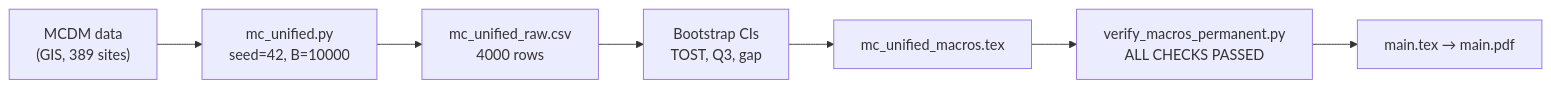
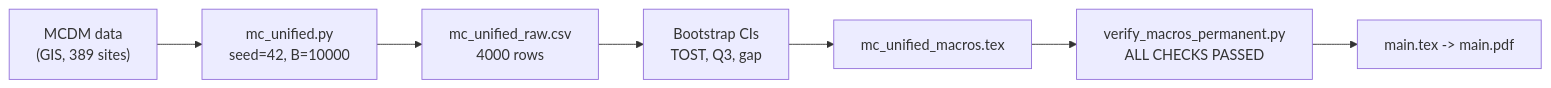
The diagram in README.md (Jazancort/mcdm-landfill-pareto-paper), drawn with Mermaid before and after one commit. The commit also changed other lines of this file and 8 other files, not shown here.

````diff
--- a/README.md
+++ b/README.md
@@ -70,9 +70,9 @@
 ```mermaid
 graph LR
     A["MCDM data\n(GIS, 389 sites)"] --> B["mc_unified.py\nseed=42, B=10000"]
     B --> C["mc_unified_raw.csv\n4000 rows"]
     C --> D["Bootstrap CIs\nTOST, Q3, gap"]
     D --> E["mc_unified_macros.tex"]
     E --> F["verify_macros_permanent.py\nALL CHECKS PASSED"]
-    F --> G["main.tex → main.pdf"]
+    F --> G["main.tex -> main.pdf"]
 ```
````
